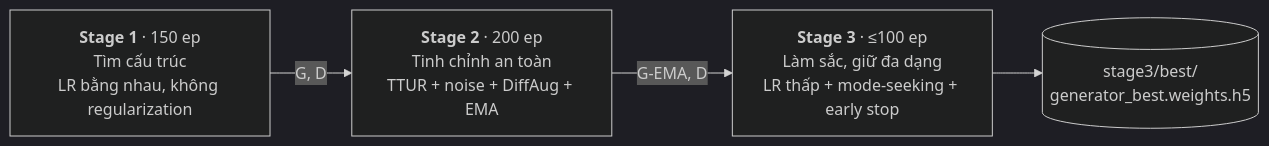
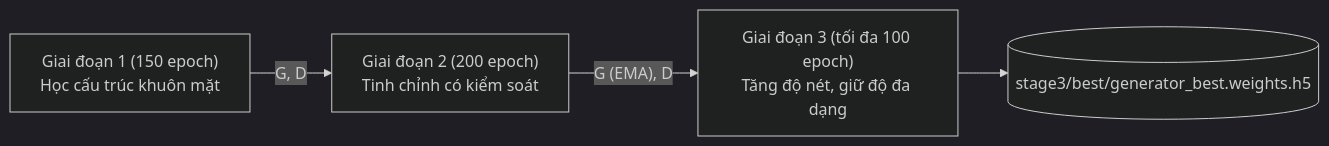
One commit to peotrannnn/Dogs-and-cats-by-GANs changed the second of 3 diagrams in README.md. Above: the diagram before and after it, drawn with Mermaid (dark theme). The commit also changed other lines of this file, not shown here.

````diff
--- a/README.md
+++ b/README.md
@@ -286,8 +299,8 @@
 ```mermaid
 flowchart LR
-    S1["<b>Stage 1</b> · 150 ep<br/>Tìm cấu trúc<br/>LR bằng nhau, không regularization"]
-    S2["<b>Stage 2</b> · 200 ep<br/>Tinh chỉnh an toàn<br/>TTUR + noise + DiffAug + EMA"]
-    S3["<b>Stage 3</b> · ≤100 ep<br/>Làm sắc, giữ đa dạng<br/>LR thấp + mode-seeking + early stop"]
-    OUT[("stage3/best/<br/>generator_best.weights.h5")]
-    S1 -- "G, D" --> S2 -- "G-EMA, D" --> S3 --> OUT
+    S1["Giai đoạn 1 (150 epoch)<br/>Học cấu trúc khuôn mặt"]
+    S2["Giai đoạn 2 (200 epoch)<br/>Tinh chỉnh có kiểm soát"]
+    S3["Giai đoạn 3 (tối đa 100 epoch)<br/>Tăng độ nét, giữ độ đa dạng"]
+    OUT[("stage3/best/generator_best.weights.h5")]
+    S1 -- "G, D" --> S2 -- "G (EMA), D" --> S3 --> OUT
 ```
````
